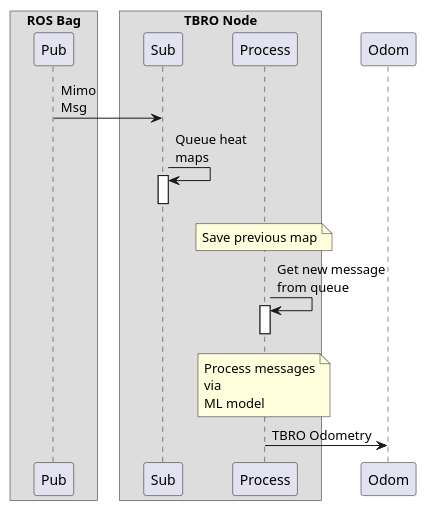
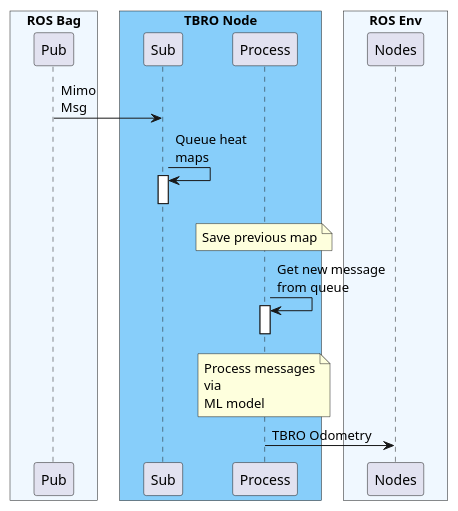
One commit to hkandir/tbro_ros2 changed the diagram in docs/sequence_diagram.iuml. Above: the diagram before and after it, drawn with PlantUML.

Commit message:
sequence diagram is updated

```diff
--- a/docs/sequence_diagram.iuml
+++ b/docs/sequence_diagram.iuml
@@ -1,34 +1,38 @@
 @startuml
 skinparam ParticipantPadding 20
 skinparam BoxPadding 10
 
-box "ROS Bag"
+box "ROS Bag" #AliceBlue
 participant Pub
 end box
 
-box "TBRO Node"
+box "TBRO Node" #LightSkyBlue
 participant Sub
 participant Process
+end box
+
+box "ROS Env" #AliceBlue
+participant Nodes
 end box
 
 Pub -> Sub : Mimo\nMsg
 Sub -> Sub : Queue heat\nmaps
 activate Sub
 deactivate Sub
 
 note over Process
 Save previous map
 end note
 
 Process -> Process : Get new message\nfrom queue
 
 note over Process
 Process messages
 via
 ML model
 end note
 activate Process
 deactivate Process
 
-Process -> Odom : TBRO Odometry
+Process -> Nodes : TBRO Odometry
 @enduml
```
